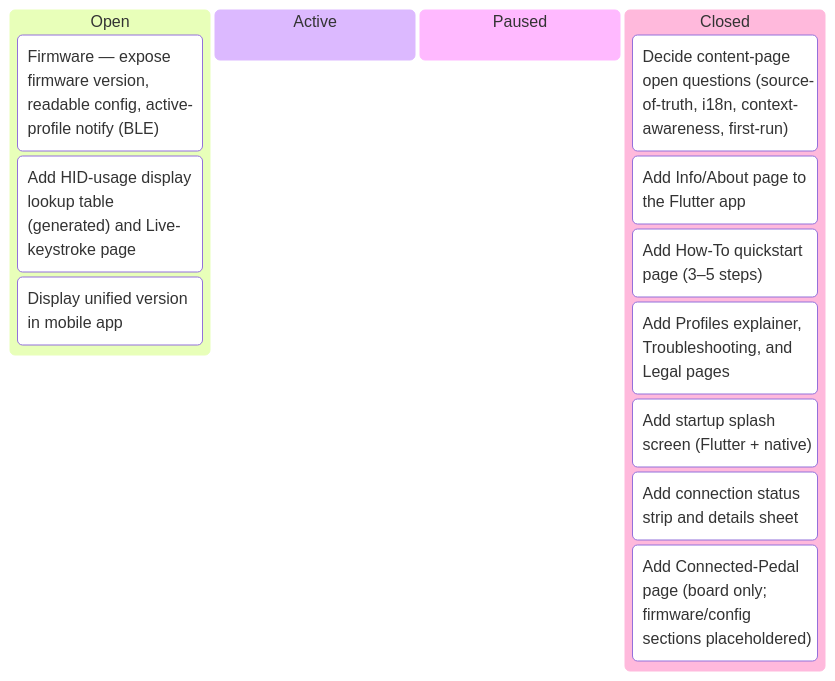
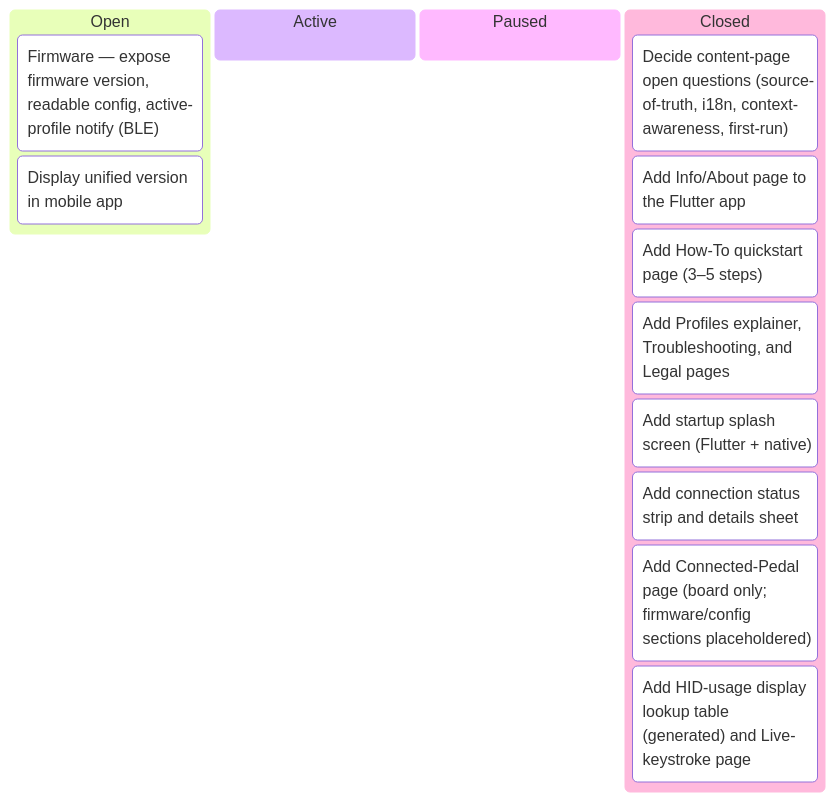
One commit to tgd1975/AwesomeStudioPedal changed the first of 7 diagrams in docs/developers/tasks/KANBAN.md. Above: the diagram before and after it, drawn with Mermaid. The commit also changed other lines of this file and 15 other files, not shown here.

````diff
--- a/docs/developers/tasks/KANBAN.md
+++ b/docs/developers/tasks/KANBAN.md
@@ -11,17 +11,17 @@
 ```mermaid
 kanban
   Open
     TASK_337["Firmware — expose firmware version, readable config, active-profile notify (BLE)"]
-    TASK_338["Add HID-usage display lookup table (generated) and Live-keystroke page"]
     TASK_349["Display unified version in mobile app"]
   Active
   Paused
   Closed
     TASK_330["Decide content-page open questions (source-of-truth, i18n, context-awareness, first-run)"]
     TASK_331["Add Info/About page to the Flutter app"]
     TASK_332["Add How-To quickstart page (3–5 steps)"]
     TASK_333["Add Profiles explainer, Troubleshooting, and Legal pages"]
     TASK_334["Add startup splash screen (Flutter + native)"]
     TASK_335["Add connection status strip and details sheet"]
     TASK_336["Add Connected-Pedal page (board only; firmware/config sections placeholdered)"]
+    TASK_338["Add HID-usage display lookup table (generated) and Live-keystroke page"]
 ```
````
